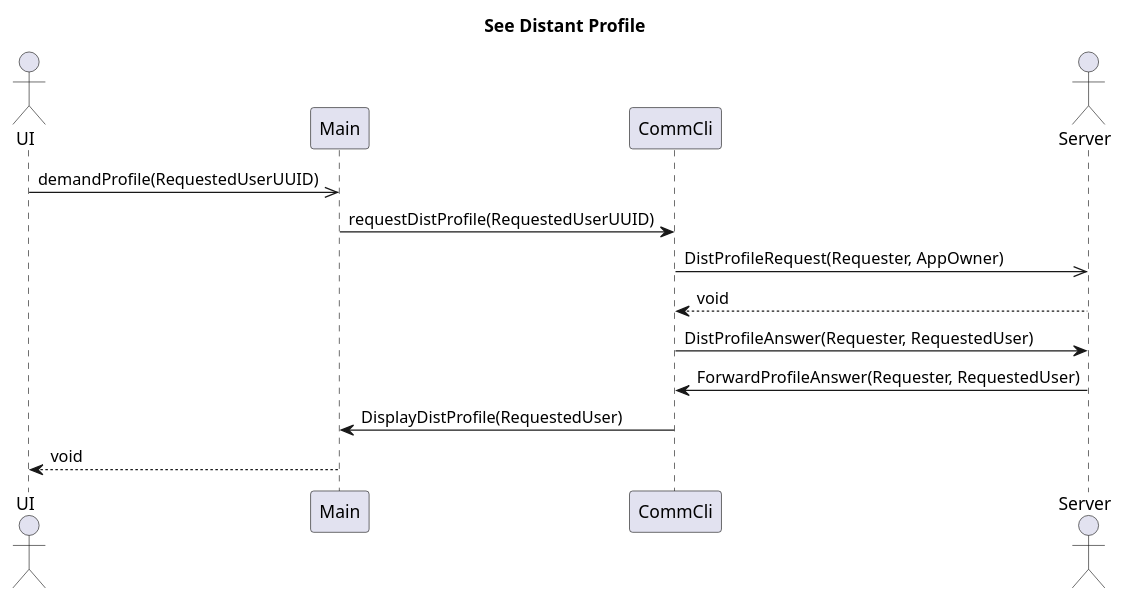
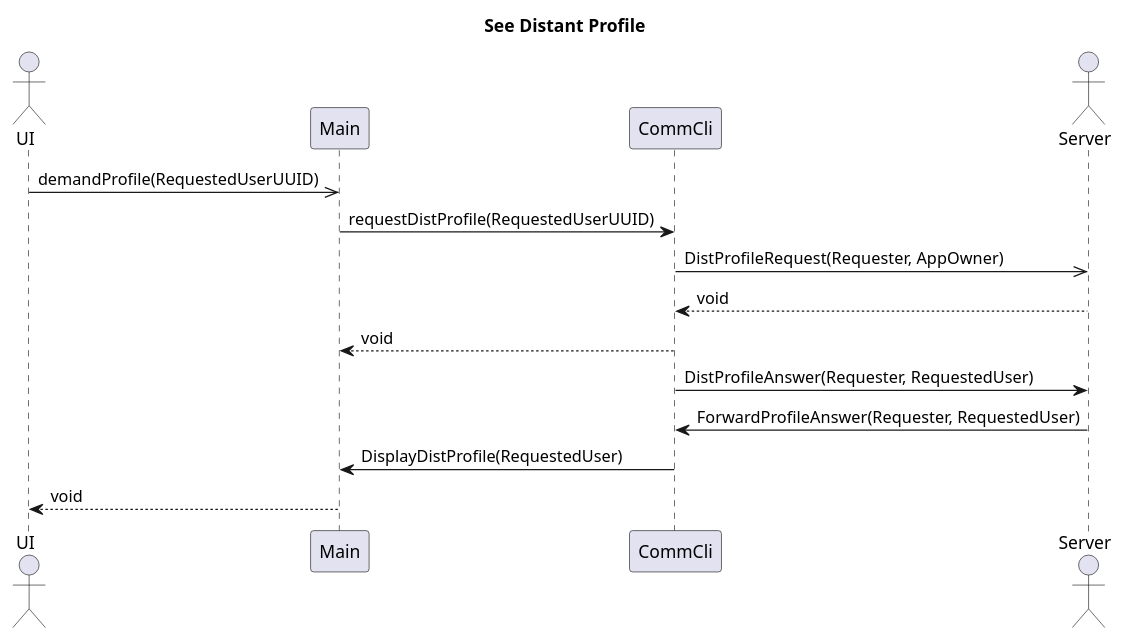
One commit to moha-tah/kanban-project changed the diagram in diagrams/sequences/SeeProfile/SeeDistantProfile_EndToEnd.pu. Above: the diagram before and after it, drawn with PlantUML. The commit also changed 3 other files, not shown here.

Commit message:
chore(diagrams): add async distant profile flow and update related sequence diagrams

```diff
--- a/diagrams/sequences/SeeProfile/SeeDistantProfile_EndToEnd.pu
+++ b/diagrams/sequences/SeeProfile/SeeDistantProfile_EndToEnd.pu
@@ -1,26 +1,27 @@
 @startuml
 title See Distant Profile 
 
 actor "UI" as UI
 participant "Main" as Client
 participant "CommCli" as CommClient
 actor Server as S
 
 UI ->> Client : demandProfile(RequestedUserUUID)
 
 Client -> CommClient : requestDistProfile(RequestedUserUUID)
 
 CommClient ->> S : DistProfileRequest(Requester, AppOwner)
 S --> CommClient : void
+ CommClient --> Client : void
 
 
 CommClient -> S : DistProfileAnswer(Requester, RequestedUser)
 
 
 S -> CommClient : ForwardProfileAnswer(Requester, RequestedUser)
 
 
 CommClient -> Client : DisplayDistProfile(RequestedUser)
 Client --> UI : void
 
 @enduml
```
